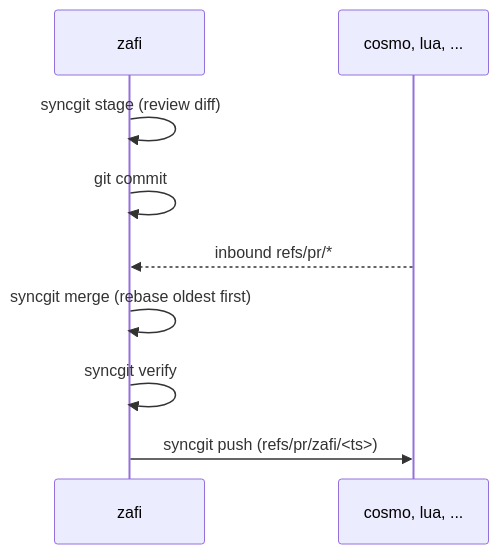
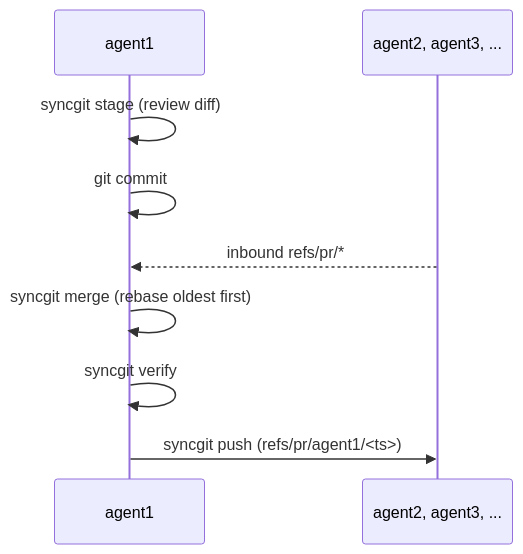
The second of 2 diagrams in README.md (trumanellis/syncgit), drawn with Mermaid before and after one commit. The commit also changed other lines of this file and 1 other file, not shown here.

````diff
--- a/README.md
+++ b/README.md
@@ -137,11 +185,11 @@
 ```mermaid
 sequenceDiagram
-  participant Me as zafi
-  participant Peers as cosmo, lua, ...
+  participant Me as agent1
+  participant Peers as agent2, agent3, ...
   Me->>Me: syncgit stage (review diff)
   Me->>Me: git commit
   Peers-->>Me: inbound refs/pr/*
   Me->>Me: syncgit merge (rebase oldest first)
   Me->>Me: syncgit verify
-  Me->>Peers: syncgit push (refs/pr/zafi/<ts>)
+  Me->>Peers: syncgit push (refs/pr/agent1/<ts>)
 ```
````
